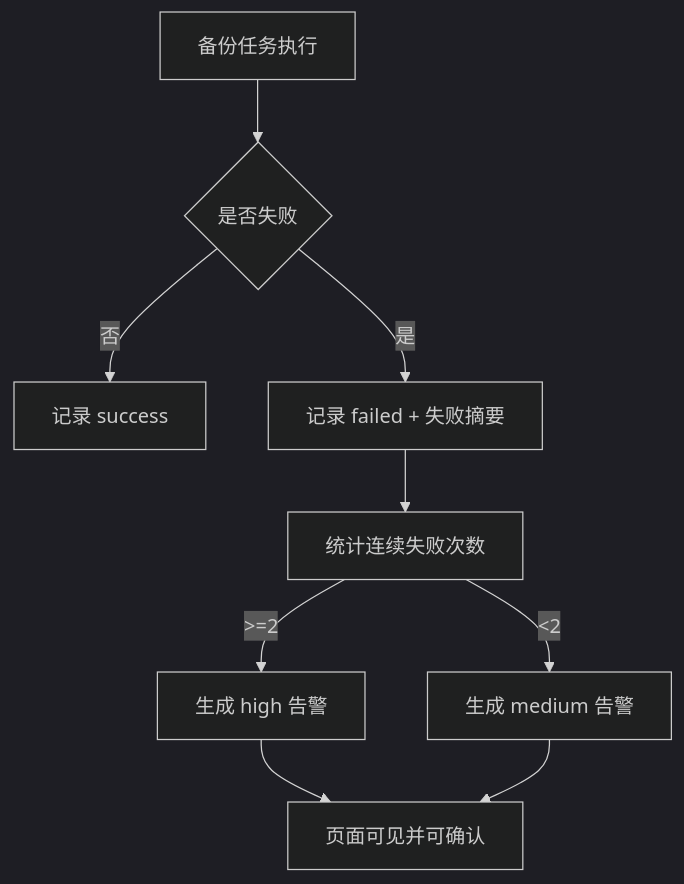
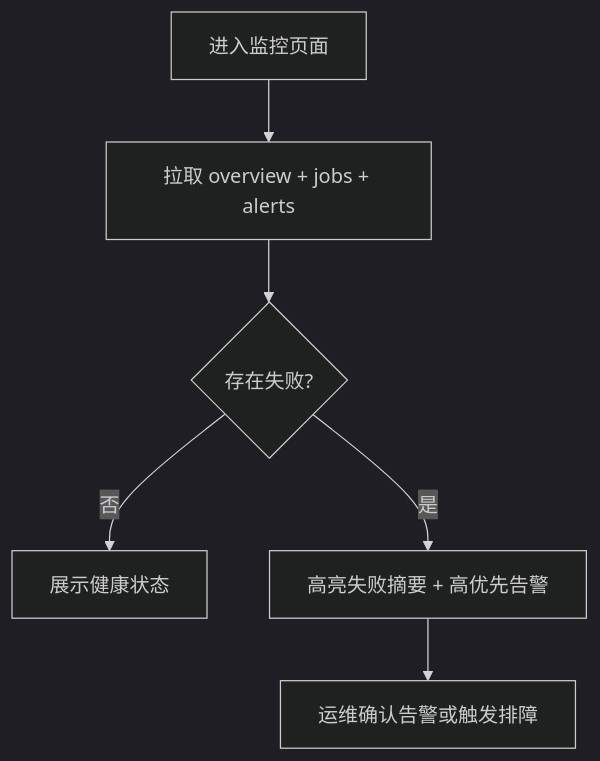
One commit to ArtisanCloud/PowerX changed the second of 3 diagrams in docs/guides/deploy/027-monitor-center/usecase-us2-monitor-and-alert.md. Above: the diagram before and after it, drawn with Mermaid (dark theme). The commit also changed other lines of this file and 32 other files, not shown here.

````diff
--- a/docs/guides/deploy/027-monitor-center/usecase-us2-monitor-and-alert.md
+++ b/docs/guides/deploy/027-monitor-center/usecase-us2-monitor-and-alert.md
@@ -21,11 +32,8 @@
 ```mermaid
 flowchart TD
-  A[备份任务执行] --> B{是否失败}
-  B -->|否| C[记录 success]
-  B -->|是| D[记录 failed + 失败摘要]
-  D --> E[统计连续失败次数]
-  E -->|>=2| F[生成 high 告警]
-  E -->|<2| G[生成 medium 告警]
-  F --> H[页面可见并可确认]
-  G --> H
+  A[进入监控页面] --> B[拉取 overview + jobs + alerts]
+  B --> C{存在失败?}
+  C -->|否| D[展示健康状态]
+  C -->|是| E[高亮失败摘要 + 高优先告警]
+  E --> F[运维确认告警或触发排障]
 ```
````
